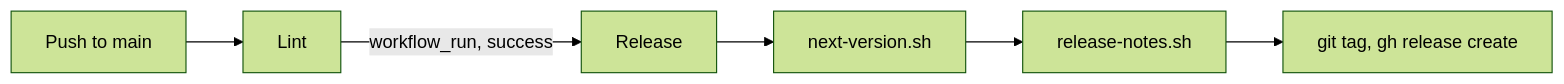
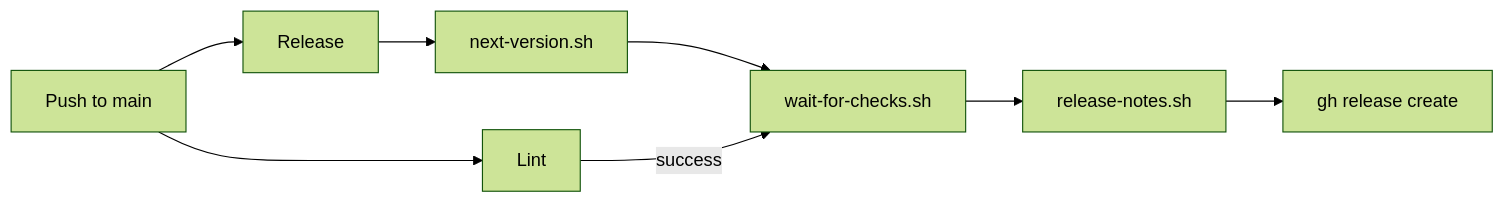
One commit to workbench-soft/ci changed the third of 3 diagrams in docs/user-flows.md. Above: the diagram before and after it, drawn with Mermaid (forest theme). The commit also changed other lines of this file and 10 other files, not shown here.

````diff
--- a/docs/user-flows.md
+++ b/docs/user-flows.md
@@ -53,8 +53,10 @@
 ```mermaid
 flowchart LR
   push["Push to main"] --> lint["Lint"]
-  lint -->|workflow_run, success| release["Release"]
+  push --> release["Release"]
   release --> version["next-version.sh"]
-  version --> notes["release-notes.sh"]
-  notes --> tag["git tag, gh release create"]
+  version --> wait["wait-for-checks.sh"]
+  lint -->|success| wait
+  wait --> notes["release-notes.sh"]
+  notes --> tag["gh release create"]
 ```
````
